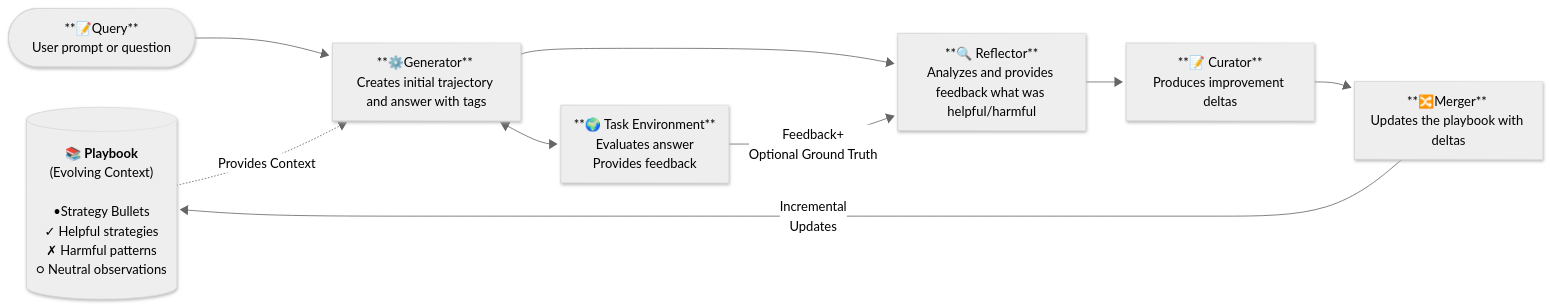
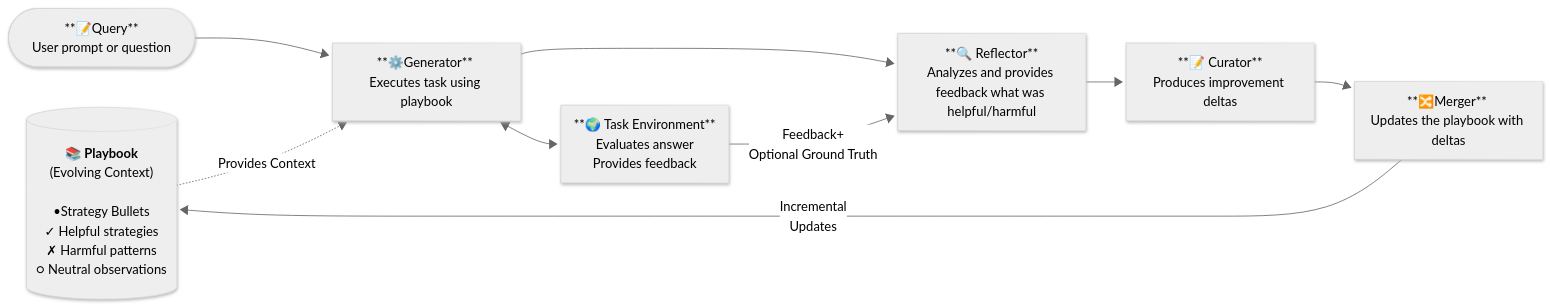
One commit to wadmes/agentic-context-engine changed the diagram in README.md. Above: the diagram before and after it, drawn with Mermaid. The commit also changed other lines of this file, not shown here.

````diff
--- a/README.md
+++ b/README.md
@@ -149,18 +153,18 @@
 ```mermaid
 ---
 config:
   look: neo
   theme: neutral
 ---
 flowchart LR
     Playbook[("`**📚 Playbook**<br>(Evolving Context)<br><br>•Strategy Bullets<br> ✓ Helpful strategies <br>✗ Harmful patterns <br>○ Neutral observations`")]
-    Start(["**📝Query** <br>User prompt or question"]) --> Generator["**⚙️Generator** <br>Creates initial trajectory and answer with tags"]
+    Start(["**📝Query** <br>User prompt or question"]) --> Generator["**⚙️Generator** <br>Executes task using playbook"]
     Generator --> Reflector
     Playbook -. Provides Context .-> Generator
     Environment["**🌍 Task Environment**<br>Evaluates answer<br>Provides feedback"] -- Feedback+ <br>Optional Ground Truth --> Reflector
     Reflector["**🔍 Reflector**<br>Analyzes and provides feedback what was helpful/harmful"]
     Reflector --> Curator["**📝 Curator**<br>Produces improvement deltas"]
     Curator --> DeltaOps["**🔀Merger** <br>Updates the playbook with deltas"]
     DeltaOps -- Incremental<br>Updates --> Playbook
     Generator <--> Environment
 ```
````
